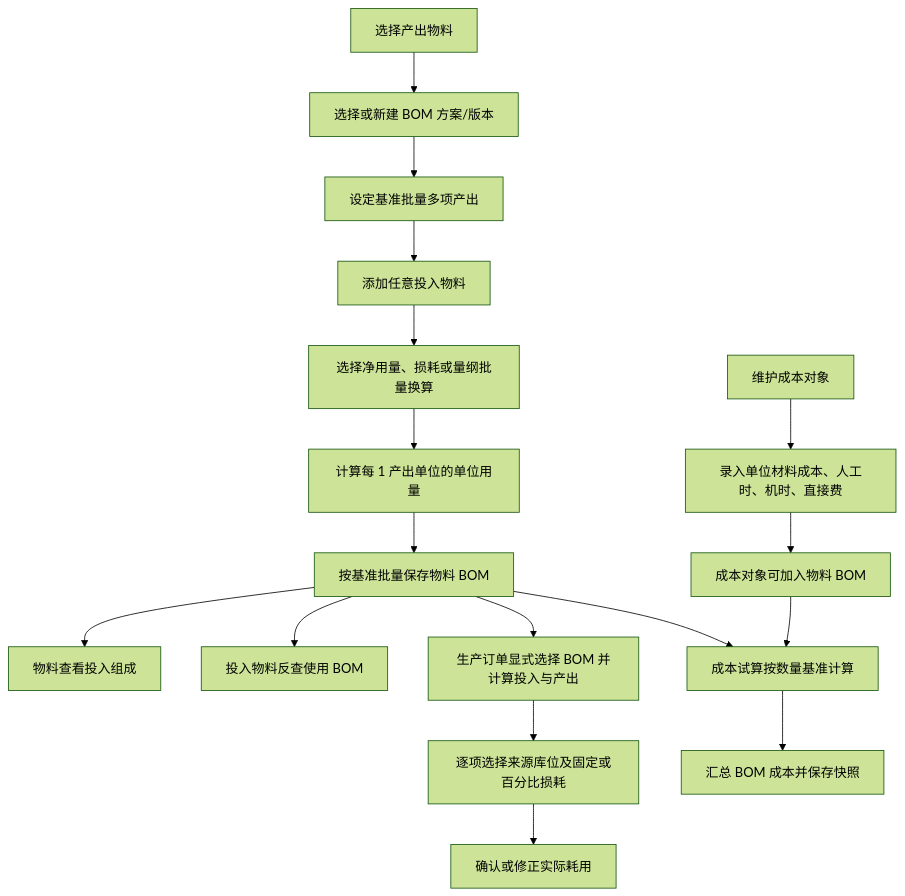
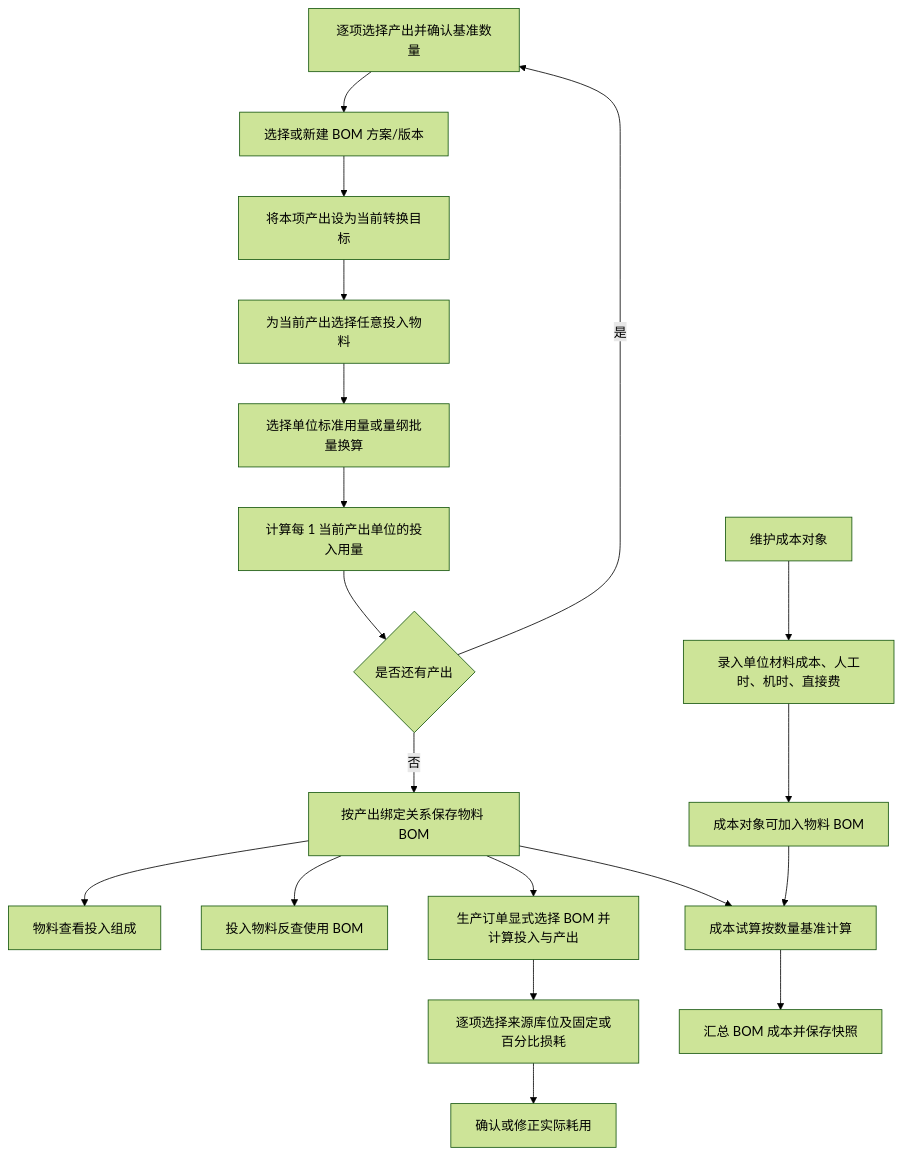
One commit to goldf2/mes-lite changed diagram 13 of 17 in docs/minierp/system-function-flow.md. Above: the diagram before and after it, drawn with Mermaid (forest theme). The commit also changed other lines of this file and 34 other files, not shown here.

````diff
--- a/docs/minierp/system-function-flow.md
+++ b/docs/minierp/system-function-flow.md
@@ -417,19 +417,21 @@
 ```mermaid
 flowchart TD
-  A["选择产出物料"] --> V["选择或新建 BOM 方案/版本"]
-  V --> Q["设定基准批量多项产出"]
-  Q --> B["添加任意投入物料"]
-  B --> C["选择净用量、损耗或量纲批量换算"]
-  C --> R["计算每 1 产出单位的单位用量"]
-  R --> D["按基准批量保存物料 BOM"]
+  A["逐项选择产出并确认基准数量"] --> V["选择或新建 BOM 方案/版本"]
+  V --> T["将本项产出设为当前转换目标"]
+  T --> B["为当前产出选择任意投入物料"]
+  B --> C["选择单位标准用量或量纲批量换算"]
+  C --> R["计算每 1 当前产出单位的投入用量"]
+  R --> X{"是否还有产出"}
+  X -->|是| A
+  X -->|否| D["按产出绑定关系保存物料 BOM"]
   D --> E["物料查看投入组成"]
   D --> F["投入物料反查使用 BOM"]
   D --> G["成本试算按数量基准计算"]
   D --> P["生产订单显式选择 BOM 并计算投入与产出"]
   P --> L["逐项选择来源库位及固定或百分比损耗"]
   L --> M["确认或修正实际耗用"]
   H["维护成本对象"] --> I["录入单位材料成本、人工时、机时、直接费"]
   I --> J["成本对象可加入物料 BOM"]
   J --> G
   G --> K["汇总 BOM 成本并保存快照"]
 ```
````
